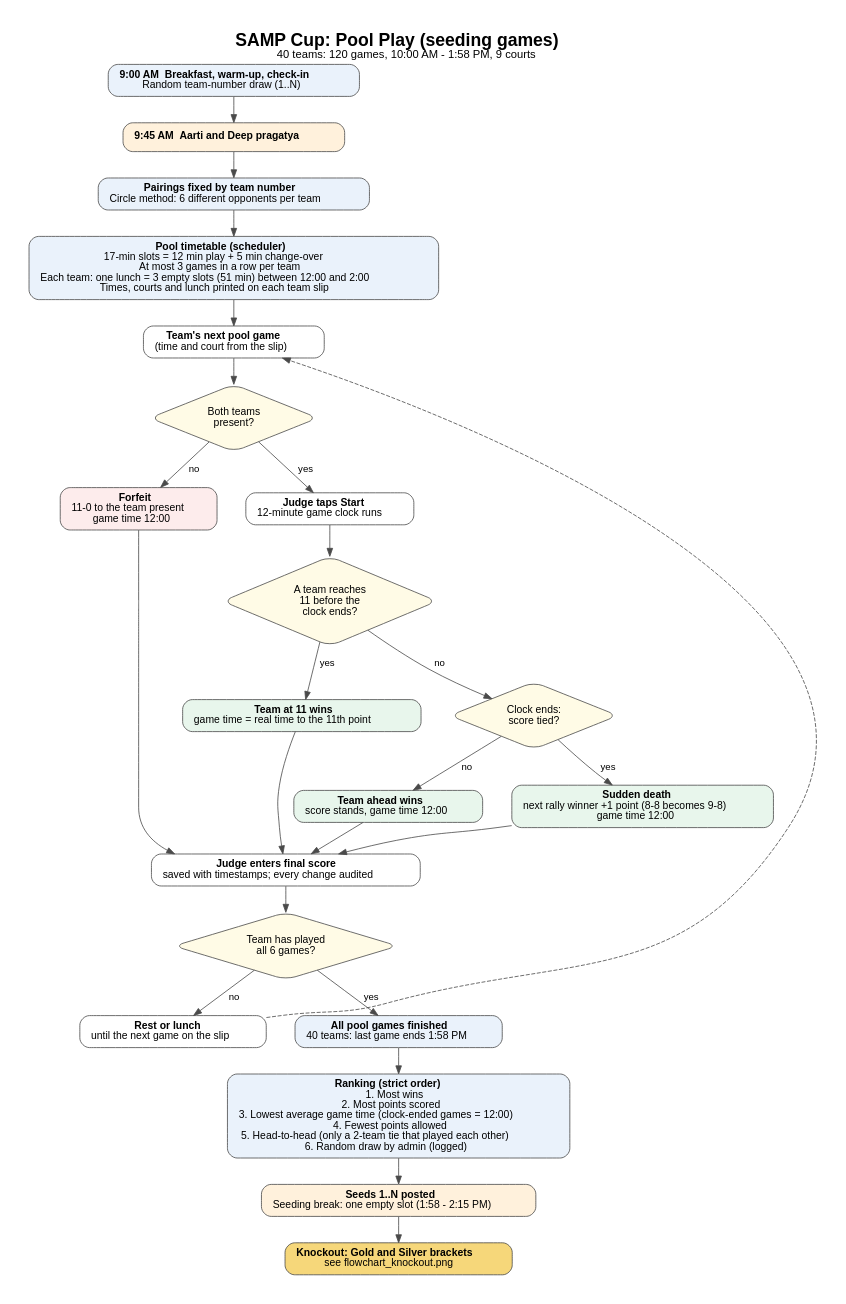
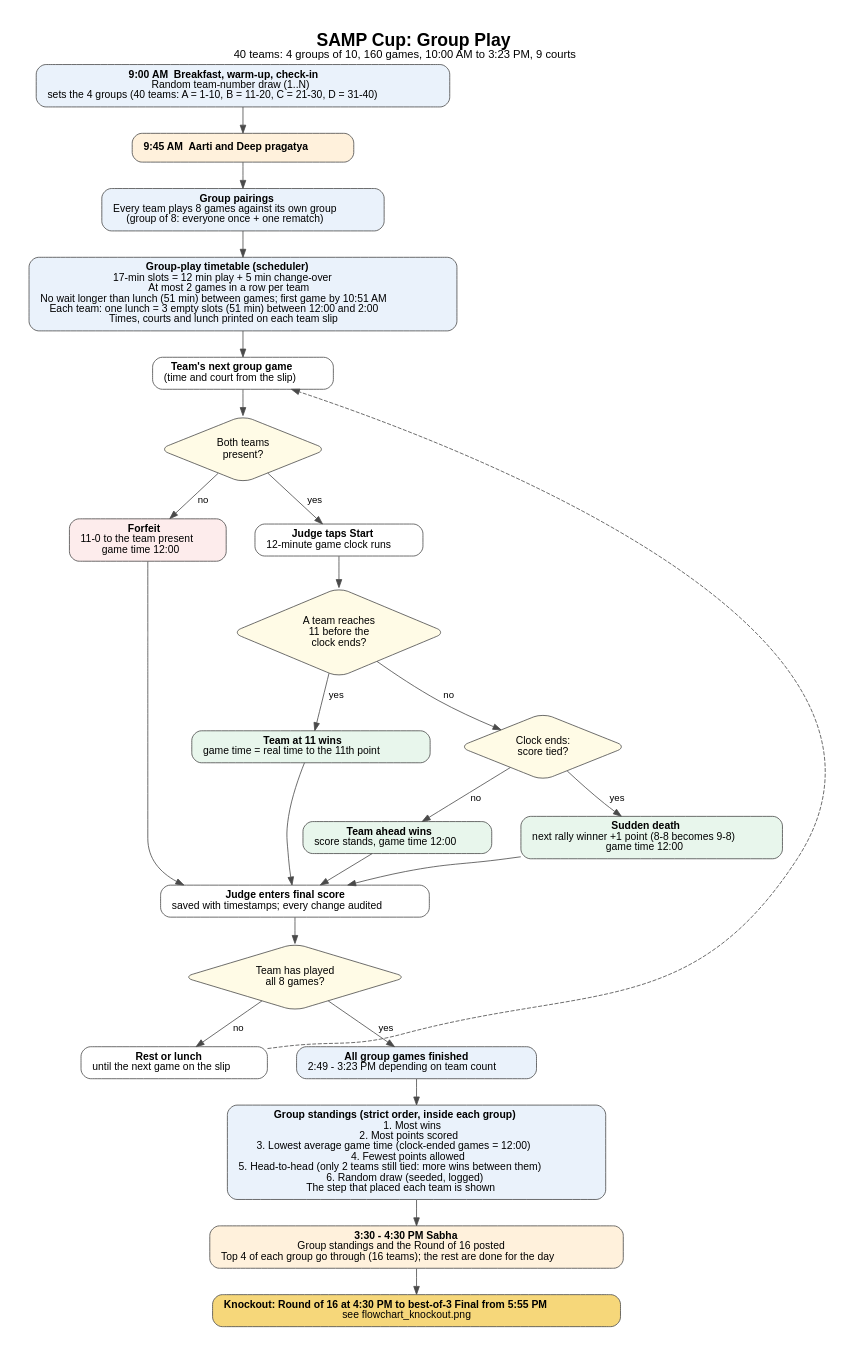
The diagram in Tournament Resources/flowchart_pool_play.dot (itsKrutarth/SampCup), drawn with Graphviz before and after one commit. The commit also changed 20 other files, not shown here.

```diff
--- a/Tournament Resources/flowchart_pool_play.dot
+++ b/Tournament Resources/flowchart_pool_play.dot
@@ -1,50 +1,50 @@
-// SAMP Cup pool play flow. Render: dot -Tpng -Gdpi=150 flowchart_pool_play.dot -o flowchart_pool_play.png
+// SAMP Cup group play flow. Render: dot -Tpng -Gdpi=150 flowchart_pool_play.dot -o flowchart_pool_play.png
 digraph pool_play {
   graph [rankdir=TB, fontname="Helvetica", fontsize=22, labelloc=t, nodesep=0.5, ranksep=0.45, pad=0.4,
-         label=<<b>SAMP Cup: Pool Play (seeding games)</b><br/><font point-size="14">40 teams: 120 games, 10:00 AM - 1:58 PM, 9 courts</font>>];
+         label=<<b>SAMP Cup: Group Play</b><br/><font point-size="14">40 teams: 4 groups of 10, 160 games, 10:00 AM to 3:23 PM, 9 courts</font>>];
   node  [fontname="Helvetica", fontsize=13, shape=box, style="rounded,filled", fillcolor="#FFFFFF", color="#4A4A4A", margin="0.2,0.1"];
   edge  [fontname="Helvetica", fontsize=12, color="#4A4A4A"];
 
-  checkin  [label=<<b>9:00 AM  Breakfast, warm-up, check-in</b><br/>Random team-number draw (1..N)>, fillcolor="#EAF2FB"];
+  checkin  [label=<<b>9:00 AM  Breakfast, warm-up, check-in</b><br/>Random team-number draw (1..N)<br/>sets the 4 groups (40 teams: A = 1-10, B = 11-20, C = 21-30, D = 31-40)>, fillcolor="#EAF2FB"];
   aarti    [label=<<b>9:45 AM  Aarti and Deep pragatya</b>>, fillcolor="#FFF1DC"];
-  pairs    [label=<<b>Pairings fixed by team number</b><br/>Circle method: 6 different opponents per team>, fillcolor="#EAF2FB"];
-  sched    [label=<<b>Pool timetable (scheduler)</b><br/>17-min slots = 12 min play + 5 min change-over<br/>At most 3 games in a row per team<br/>Each team: one lunch = 3 empty slots (51 min) between 12:00 and 2:00<br/>Times, courts and lunch printed on each team slip>, fillcolor="#EAF2FB"];
-  next     [label=<<b>Team's next pool game</b><br/>(time and court from the slip)>];
+  pairs    [label=<<b>Group pairings</b><br/>Every team plays 8 games against its own group<br/>(group of 8: everyone once + one rematch)>, fillcolor="#EAF2FB"];
+  sched    [label=<<b>Group-play timetable (scheduler)</b><br/>17-min slots = 12 min play + 5 min change-over<br/>At most 2 games in a row per team<br/>No wait longer than lunch (51 min) between games; first game by 10:51 AM<br/>Each team: one lunch = 3 empty slots (51 min) between 12:00 and 2:00<br/>Times, courts and lunch printed on each team slip>, fillcolor="#EAF2FB"];
+  next     [label=<<b>Team's next group game</b><br/>(time and court from the slip)>];
 
   present  [shape=diamond, label="Both teams\npresent?", fillcolor="#FFFBE6"];
   forfeit  [label=<<b>Forfeit</b><br/>11-0 to the team present<br/>game time 12:00>, fillcolor="#FDECEC"];
   start    [label=<<b>Judge taps Start</b><br/>12-minute game clock runs>];
   reach11  [shape=diamond, label="A team reaches\n11 before the\nclock ends?", fillcolor="#FFFBE6"];
   won11    [label=<<b>Team at 11 wins</b><br/>game time = real time to the 11th point>, fillcolor="#E8F6EC"];
   tied     [shape=diamond, label="Clock ends:\nscore tied?", fillcolor="#FFFBE6"];
   lead     [label=<<b>Team ahead wins</b><br/>score stands, game time 12:00>, fillcolor="#E8F6EC"];
   sudden   [label=<<b>Sudden death</b><br/>next rally winner +1 point (8-8 becomes 9-8)<br/>game time 12:00>, fillcolor="#E8F6EC"];
   record   [label=<<b>Judge enters final score</b><br/>saved with timestamps; every change audited>];
 
-  six      [shape=diamond, label="Team has played\nall 6 games?", fillcolor="#FFFBE6"];
+  six      [shape=diamond, label="Team has played\nall 8 games?", fillcolor="#FFFBE6"];
   rest     [label=<<b>Rest or lunch</b><br/>until the next game on the slip>];
-  alldone  [label=<<b>All pool games finished</b><br/>40 teams: last game ends 1:58 PM>, fillcolor="#EAF2FB"];
-  rank     [label=<<b>Ranking (strict order)</b><br/>1. Most wins<br/>2. Most points scored<br/>3. Lowest average game time (clock-ended games = 12:00)<br/>4. Fewest points allowed<br/>5. Head-to-head (only a 2-team tie that played each other)<br/>6. Random draw by admin (logged)>, fillcolor="#EAF2FB"];
-  seeds    [label=<<b>Seeds 1..N posted</b><br/>Seeding break: one empty slot (1:58 - 2:15 PM)>, fillcolor="#FFF1DC"];
-  ko       [label=<<b>Knockout: Gold and Silver brackets</b><br/>see flowchart_knockout.png>, fillcolor="#F6D77A"];
+  alldone  [label=<<b>All group games finished</b><br/>2:49 - 3:23 PM depending on team count>, fillcolor="#EAF2FB"];
+  rank     [label=<<b>Group standings (strict order, inside each group)</b><br/>1. Most wins<br/>2. Most points scored<br/>3. Lowest average game time (clock-ended games = 12:00)<br/>4. Fewest points allowed<br/>5. Head-to-head (only 2 teams still tied: more wins between them)<br/>6. Random draw (seeded, logged)<br/>The step that placed each team is shown>, fillcolor="#EAF2FB"];
+  seeds    [label=<<b>3:30 - 4:30 PM Sabha</b><br/>Group standings and the Round of 16 posted<br/>Top 4 of each group go through (16 teams); the rest are done for the day>, fillcolor="#FFF1DC"];
+  ko       [label=<<b>Knockout: Round of 16 at 4:30 PM to best-of-3 Final from 5:55 PM</b><br/>see flowchart_knockout.png>, fillcolor="#F6D77A"];
 
   checkin -> aarti -> pairs -> sched -> next -> present;
   present -> forfeit [label="  no"];
   present -> start   [label="  yes"];
   start -> reach11;
   reach11 -> won11 [label="  yes"];
   reach11 -> tied  [label="  no"];
   tied -> lead   [label="  no"];
   tied -> sudden [label="  yes"];
   {forfeit won11 lead sudden} -> record;
   record -> six;
   six -> rest [label="  no"];
   rest -> next [constraint=false, style=dashed];
   six -> alldone [label="  yes"];
   alldone -> rank -> seeds -> ko;
 
   {rank=same; forfeit; start}
   {rank=same; won11; tied}
   {rank=same; lead; sudden}
   {rank=same; rest; alldone}
 }
```
